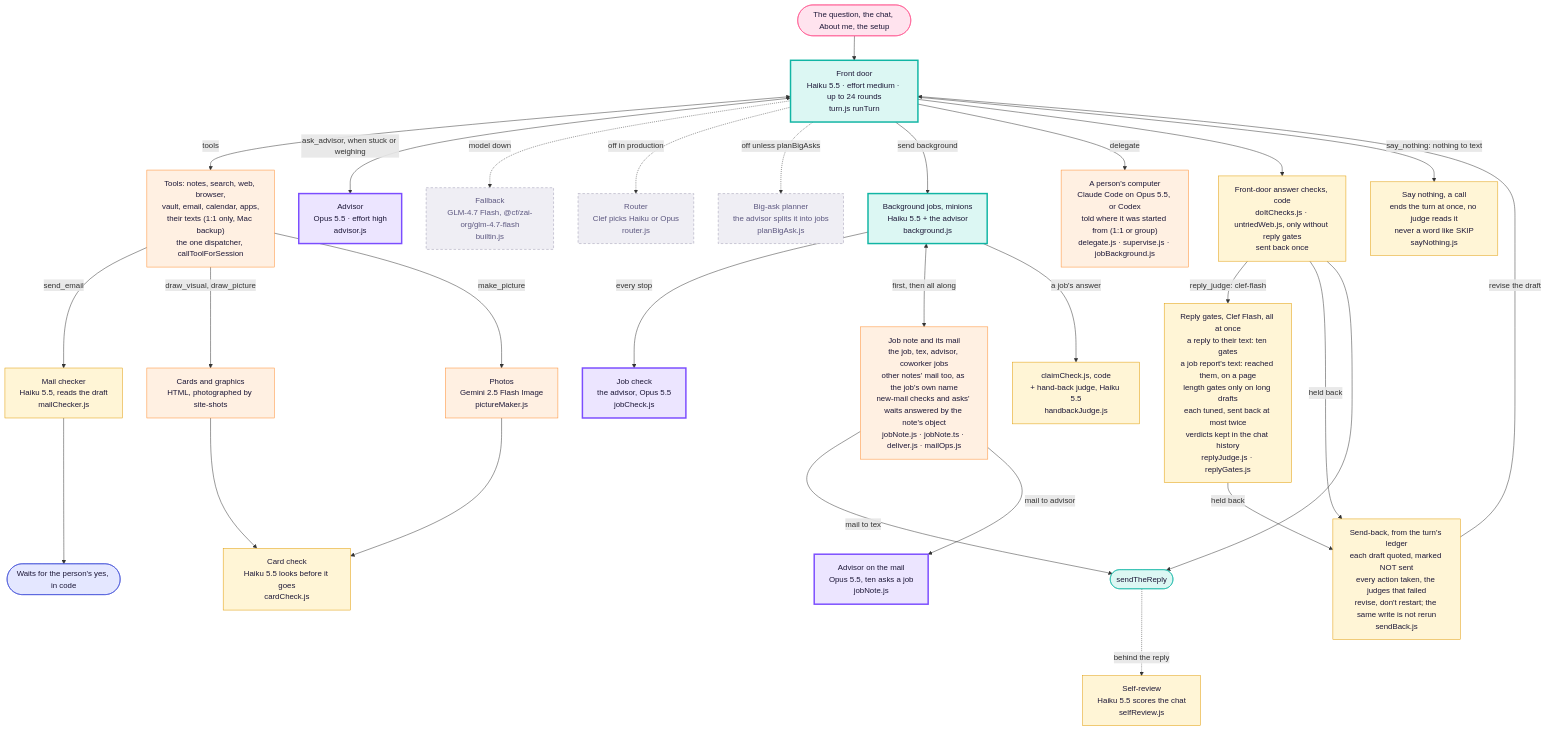
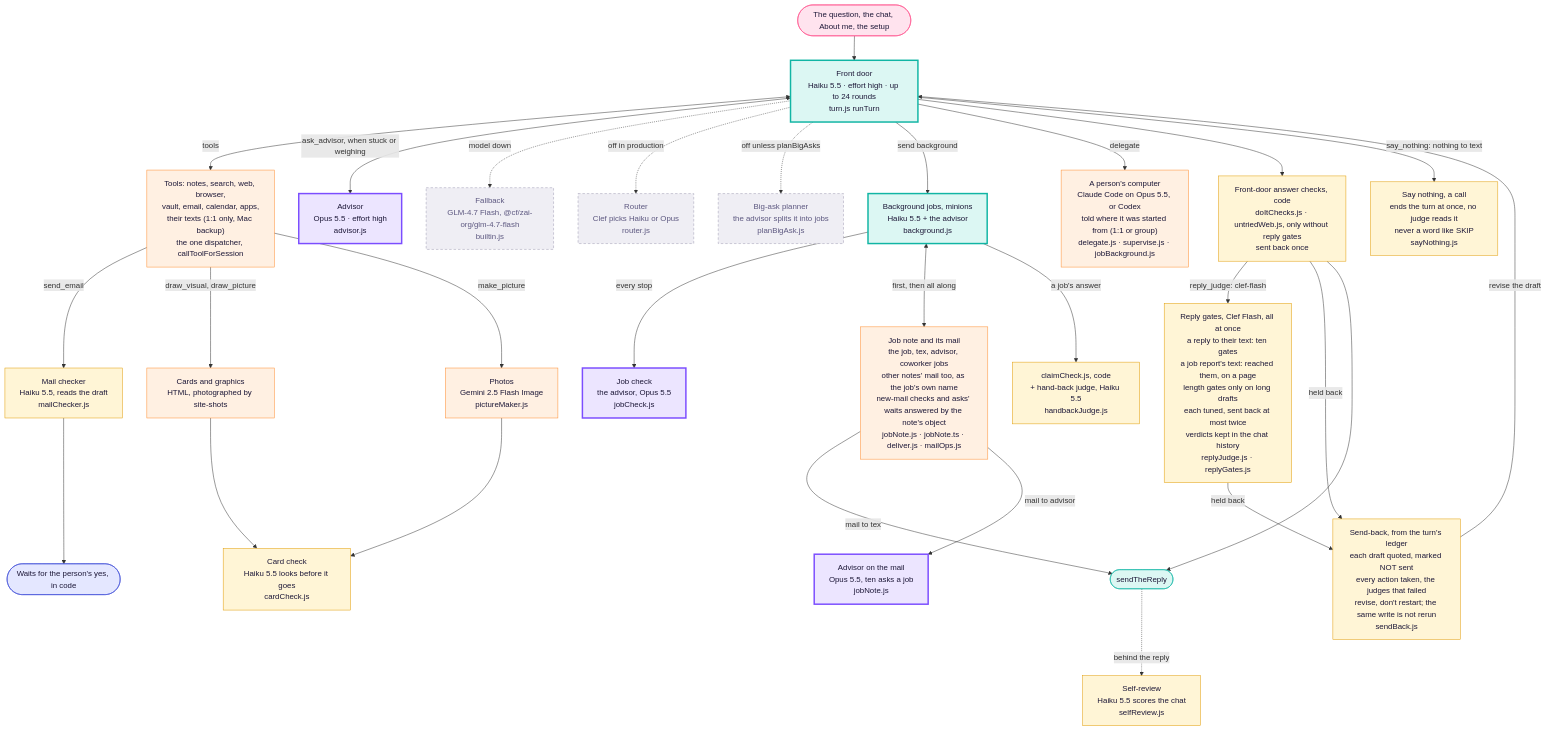
One commit to Supa-Media/context changed the third of 3 diagrams in docs/architecture/tex.md. Above: the diagram before and after it, drawn with Mermaid. The commit also changed 1 other file, not shown here.

Commit message:
Tex: front door on Haiku at effort high (diagram and decision) (#3084)
The owner asked for Tex's interaction model to run on Haiku at high
effort. The switch itself is the production setup note's models.effort
(edited to high); this redraws the front door box and records the
measured cost and latency in model-plan.md.

Claude-Session: https://claude.ai/code/session_01SK2aycxmJVwjAGQGNGq5TV

````diff
--- a/docs/architecture/tex.md
+++ b/docs/architecture/tex.md
@@ -111,43 +111,43 @@
 ```mermaid
 flowchart TB
   Q([The question, the chat, About me, the setup]):::you --> FD
-  FD["Front door<br/>Haiku 5.5 · effort medium · up to 24 rounds<br/>turn.js runTurn"]:::haiku
+  FD["Front door<br/>Haiku 5.5 · effort high · up to 24 rounds<br/>turn.js runTurn"]:::haiku
   FD <-->|tools| T["Tools: notes, search, web, browser,<br/>vault, email, calendar, apps,<br/>their texts (1:1 only, Mac backup)<br/>the one dispatcher, callToolForSession"]:::tool
   FD <-->|ask_advisor, when stuck or weighing| ADV["Advisor<br/>Opus 5.5 · effort high<br/>advisor.js"]:::opus
   FD -. model down .-> FB["Fallback<br/>GLM-4.7 Flash, @cf/zai-org/glm-4.7-flash<br/>builtin.js"]:::off
   FD -. off in production .-> RT["Router<br/>Clef picks Haiku or Opus<br/>router.js"]:::off
   FD -. off unless planBigAsks .-> PL["Big-ask planner<br/>the advisor splits it into jobs<br/>planBigAsk.js"]:::off
 
   FD -->|send background| JOB["Background jobs, minions<br/>Haiku 5.5 + the advisor<br/>background.js"]:::haiku
   JOB -->|every stop| JC["Job check<br/>the advisor, Opus 5.5<br/>jobCheck.js"]:::opus
   JOB <-->|first, then all along| JN["Job note and its mail<br/>the job, tex, advisor, coworker jobs<br/>other notes' mail too, as the job's own name<br/>new-mail checks and asks' waits answered by the note's object<br/>jobNote.js · jobNote.ts · deliver.js · mailOps.js"]:::tool
   JN -->|mail to tex| SEND
   JN -->|mail to advisor| JNA["Advisor on the mail<br/>Opus 5.5, ten asks a job<br/>jobNote.js"]:::opus
   JOB -->|a job's answer| JCK["claimCheck.js, code<br/>+ hand-back judge, Haiku 5.5<br/>handbackJudge.js"]:::judge
   FD -->|delegate| DL["A person's computer<br/>Claude Code on Opus 5.5, or Codex<br/>told where it was started from (1:1 or group)<br/>delegate.js · supervise.js · jobBackground.js"]:::tool
 
   T -->|send_email| MC["Mail checker<br/>Haiku 5.5, reads the draft<br/>mailChecker.js"]:::judge
   MC --> YES([Waits for the person's yes, in code]):::rail
   T -->|draw_visual, draw_picture| PIC["Cards and graphics<br/>HTML, photographed by site-shots"]:::tool
   T -->|make_picture| IMG["Photos<br/>Gemini 2.5 Flash Image<br/>pictureMaker.js"]:::tool
   PIC --> CC["Card check<br/>Haiku 5.5 looks before it goes<br/>cardCheck.js"]:::judge
   IMG --> CC
 
   FD --> CHK["Front-door answer checks, code<br/>doItChecks.js · untriedWeb.js, only without reply gates<br/>sent back once"]:::judge
   FD -->|say_nothing: nothing to text| QT["Say nothing, a call<br/>ends the turn at once, no judge reads it<br/>never a word like SKIP<br/>sayNothing.js"]:::judge
   CHK -->|reply_judge: clef-flash| RJ["Reply gates, Clef Flash, all at once<br/>a reply to their text: ten gates<br/>a job report's text: reached them, on a page<br/>length gates only on long drafts<br/>each tuned, sent back at most twice<br/>verdicts kept in the chat history<br/>replyJudge.js · replyGates.js"]:::judge
   CHK -->|held back| SB["Send-back, from the turn's ledger<br/>each draft quoted, marked NOT sent<br/>every action taken, the judges that failed<br/>revise, don't restart; the same write is not rerun<br/>sendBack.js"]:::judge
   RJ -->|held back| SB
   SB -->|revise the draft| FD
   CHK --> SEND([sendTheReply]):::door
   SEND -. behind the reply .-> SR["Self-review<br/>Haiku 5.5 scores the chat<br/>selfReview.js"]:::judge
 
   classDef you fill:#ffe3ee,stroke:#ff4f8b,color:#1d1838
   classDef haiku fill:#dcf7f3,stroke:#11b5a4,stroke-width:3px,color:#1d1838
   classDef opus fill:#ece5ff,stroke:#7b4dff,stroke-width:3px,color:#1d1838
   classDef judge fill:#fff5d6,stroke:#e09a00,color:#1d1838
   classDef tool fill:#fff0e2,stroke:#ff8a2a,color:#1d1838
   classDef rail fill:#e4e7ff,stroke:#3c4bd6,color:#1d1838
   classDef door fill:#dcf7f3,stroke:#11b5a4,color:#1d1838
   classDef off fill:#efeef4,stroke:#9a97b0,stroke-dasharray:5 4,color:#5d5880
 ```
````
